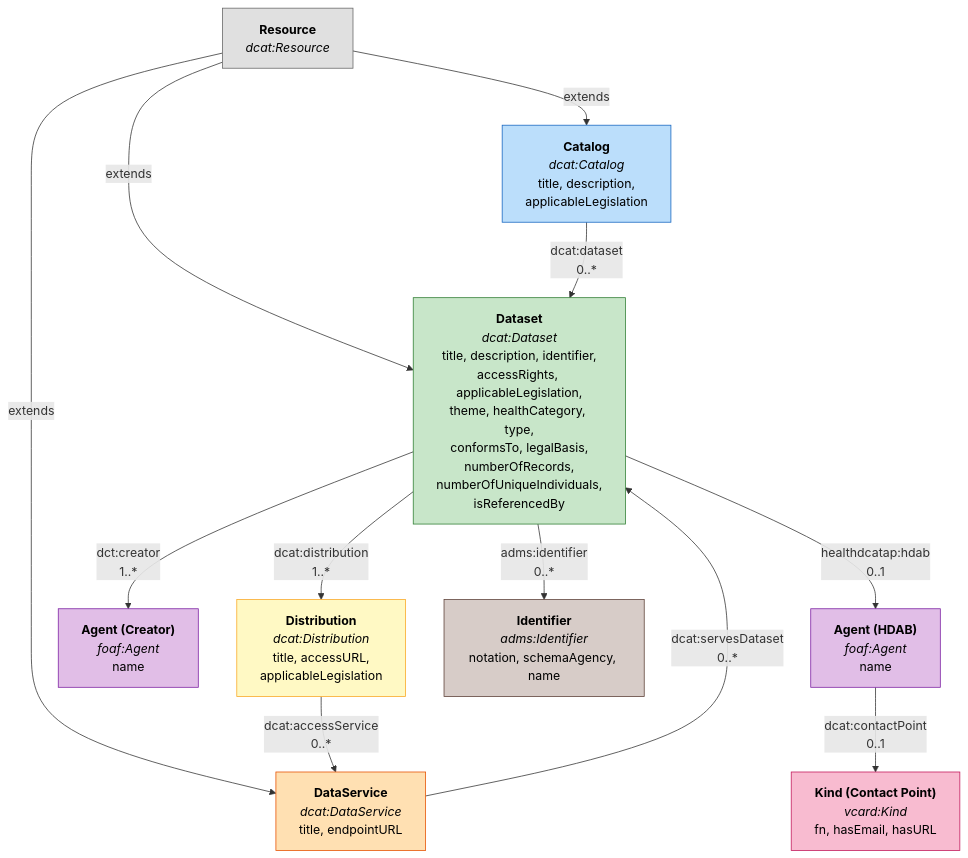
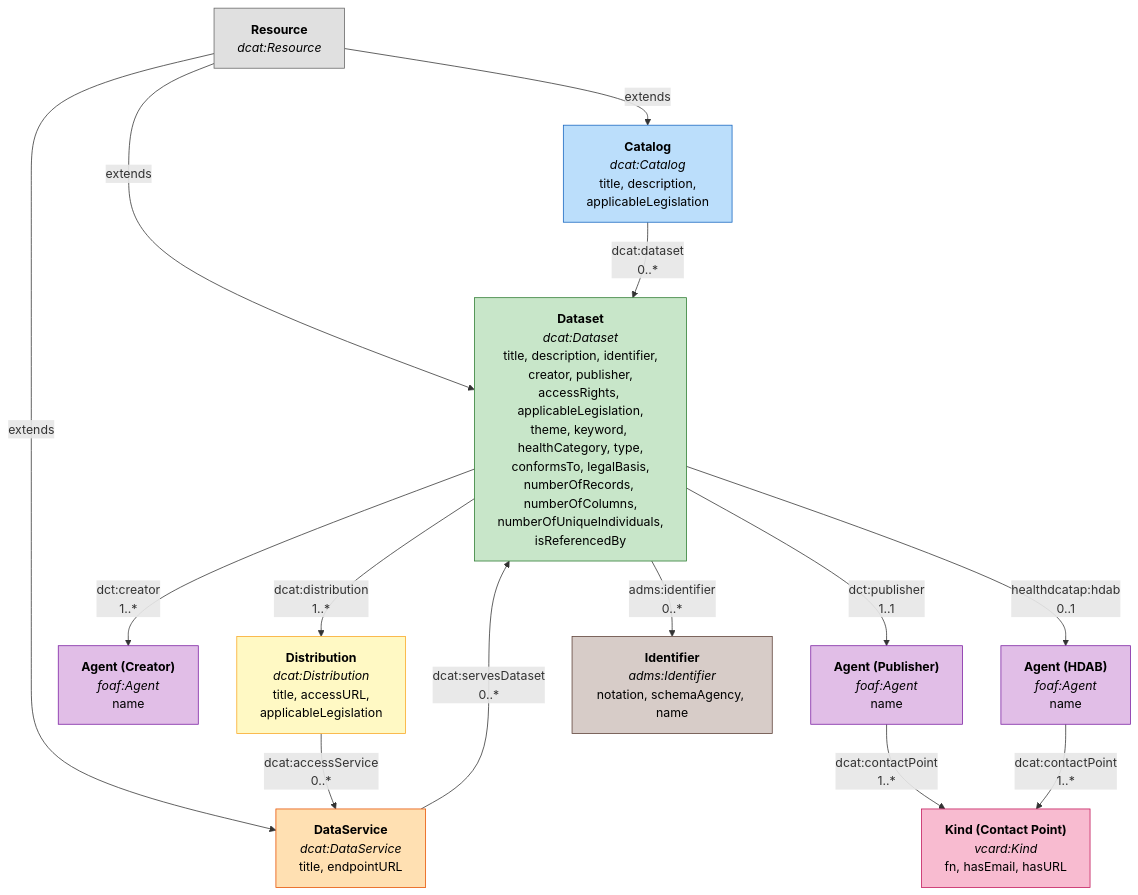
One commit to GenomicDataInfrastructure/gdi-metadata changed the diagram in Documentation/gdi-metadata-overview.md. Above: the diagram before and after it, drawn with Mermaid. The commit also changed other lines of this file and 5 other files, not shown here.

````diff
--- a/Documentation/gdi-metadata-overview.md
+++ b/Documentation/gdi-metadata-overview.md
@@ -11,40 +11,44 @@
 ```mermaid
 graph TD
     Resource["<b>Resource</b><br/><i>dcat:Resource</i>"]
 
     Catalog["<b>Catalog</b><br/><i>dcat:Catalog</i><br/>title, description,<br/>applicableLegislation"]
-    Dataset["<b>Dataset</b><br/><i>dcat:Dataset</i><br/>title, description, identifier,<br/>accessRights, applicableLegislation,<br/>theme, healthCategory, type,<br/>conformsTo, legalBasis,<br/>numberOfRecords,<br/>numberOfUniqueIndividuals,<br/>isReferencedBy"]
+    Dataset["<b>Dataset</b><br/><i>dcat:Dataset</i><br/>title, description, identifier,<br/>creator, publisher,<br/>accessRights, applicableLegislation,<br/>theme, keyword, healthCategory, type,<br/>conformsTo, legalBasis,<br/>numberOfRecords, numberOfColumns,<br/>numberOfUniqueIndividuals,<br/>isReferencedBy"]
     DataService["<b>DataService</b><br/><i>dcat:DataService</i><br/>title, endpointURL"]
 
     Distribution["<b>Distribution</b><br/><i>dcat:Distribution</i><br/>title, accessURL,<br/>applicableLegislation"]
 
     AgentCreator["<b>Agent (Creator)</b><br/><i>foaf:Agent</i><br/>name"]
+    AgentPublisher["<b>Agent (Publisher)</b><br/><i>foaf:Agent</i><br/>name"]
     AgentHDAB["<b>Agent (HDAB)</b><br/><i>foaf:Agent</i><br/>name"]
     Kind["<b>Kind (Contact Point)</b><br/><i>vcard:Kind</i><br/>fn, hasEmail, hasURL"]
     Identifier["<b>Identifier</b><br/><i>adms:Identifier</i><br/>notation, schemaAgency, name"]
 
     Resource -->|"extends"| Catalog
     Resource -->|"extends"| Dataset
     Resource -->|"extends"| DataService
 
     Catalog -->|"dcat:dataset<br/>0..*"| Dataset
     Dataset -->|"dcat:distribution<br/>1..*"| Distribution
     Dataset -->|"dct:creator<br/>1..*"| AgentCreator
+    Dataset -->|"dct:publisher<br/>1..1"| AgentPublisher
     Dataset -->|"healthdcatap:hdab<br/>0..1"| AgentHDAB
     Dataset -->|"adms:identifier<br/>0..*"| Identifier
 
     Distribution -->|"dcat:accessService<br/>0..*"| DataService
     DataService -->|"dcat:servesDataset<br/>0..*"| Dataset
 
-    AgentHDAB -->|"dcat:contactPoint<br/>0..1"| Kind
+    AgentPublisher -->|"dcat:contactPoint<br/>1..*"| Kind
+    AgentHDAB -->|"dcat:contactPoint<br/>1..*"| Kind
 
     style Resource fill:#e0e0e0,stroke:#666,color:#000
     style Catalog fill:#bbdefb,stroke:#1565c0,color:#000
     style Dataset fill:#c8e6c9,stroke:#2e7d32,color:#000
     style Distribution fill:#fff9c4,stroke:#f9a825,color:#000
     style DataService fill:#ffe0b2,stroke:#e65100,color:#000
     style AgentCreator fill:#e1bee7,stroke:#7b1fa2,color:#000
+    style AgentPublisher fill:#e1bee7,stroke:#7b1fa2,color:#000
     style AgentHDAB fill:#e1bee7,stroke:#7b1fa2,color:#000
     style Kind fill:#f8bbd0,stroke:#c2185b,color:#000
     style Identifier fill:#d7ccc8,stroke:#5d4037,color:#000
 ```
````
